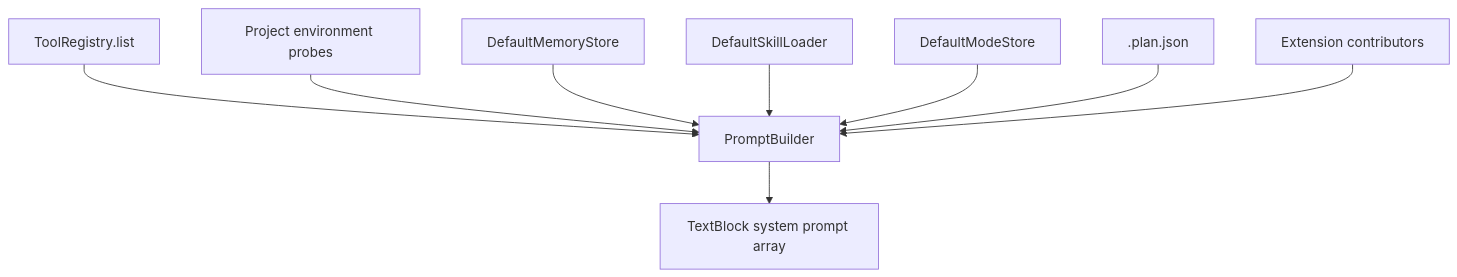
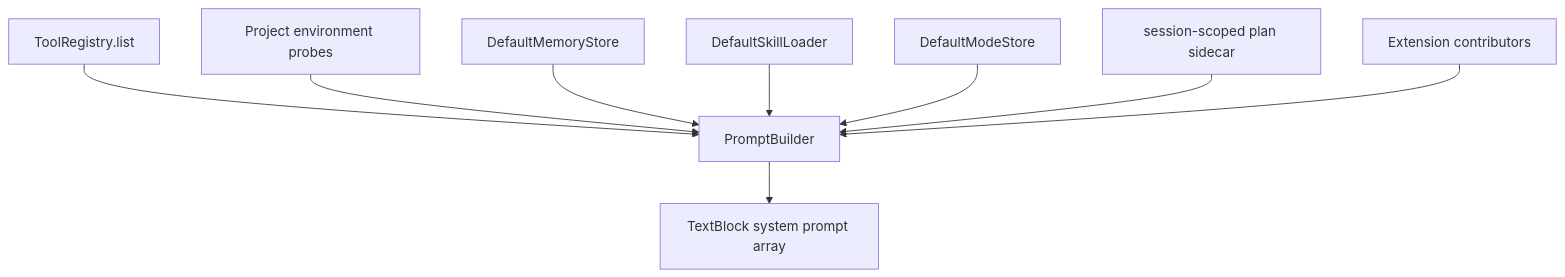
The eighth of 22 diagrams in ARCHITECTURE.md (HoneyAdam/WrongStack), drawn with Mermaid before and after one commit. The commit also changed other lines of this file and 130 other files, not shown here.

````diff
--- a/ARCHITECTURE.md
+++ b/ARCHITECTURE.md
@@ -508,11 +508,11 @@
 ```mermaid
 flowchart TD
   Tools[ToolRegistry.list] --> PromptBuilder
   Env[Project environment probes] --> PromptBuilder
   Memory[DefaultMemoryStore] --> PromptBuilder
   Skills[DefaultSkillLoader] --> PromptBuilder
   Mode[DefaultModeStore] --> PromptBuilder
-  Plan["<session>.plan.json"] --> PromptBuilder
+  Plan["session-scoped plan sidecar"] --> PromptBuilder
   Contributors[Extension contributors] --> PromptBuilder
   PromptBuilder --> Blocks[TextBlock system prompt array]
 ```
````
